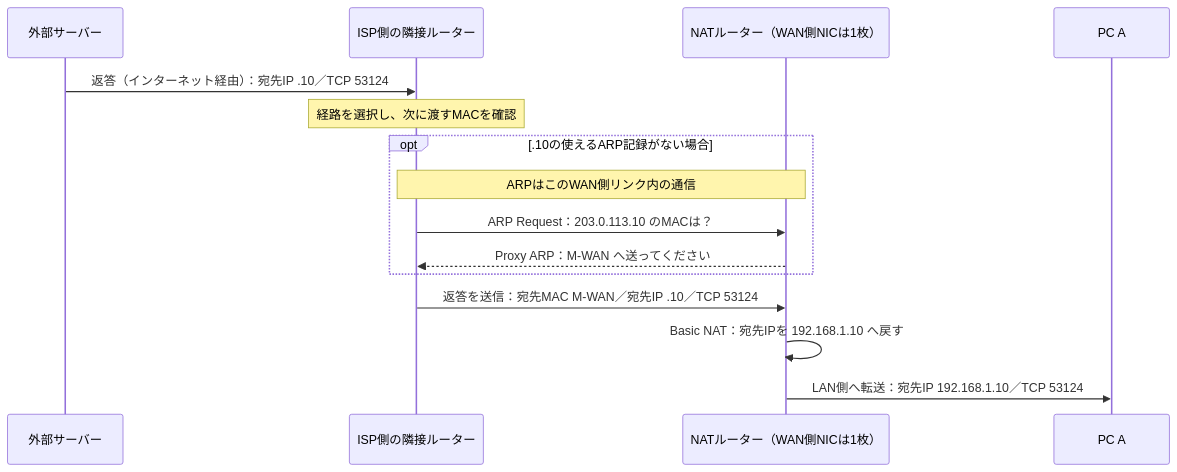
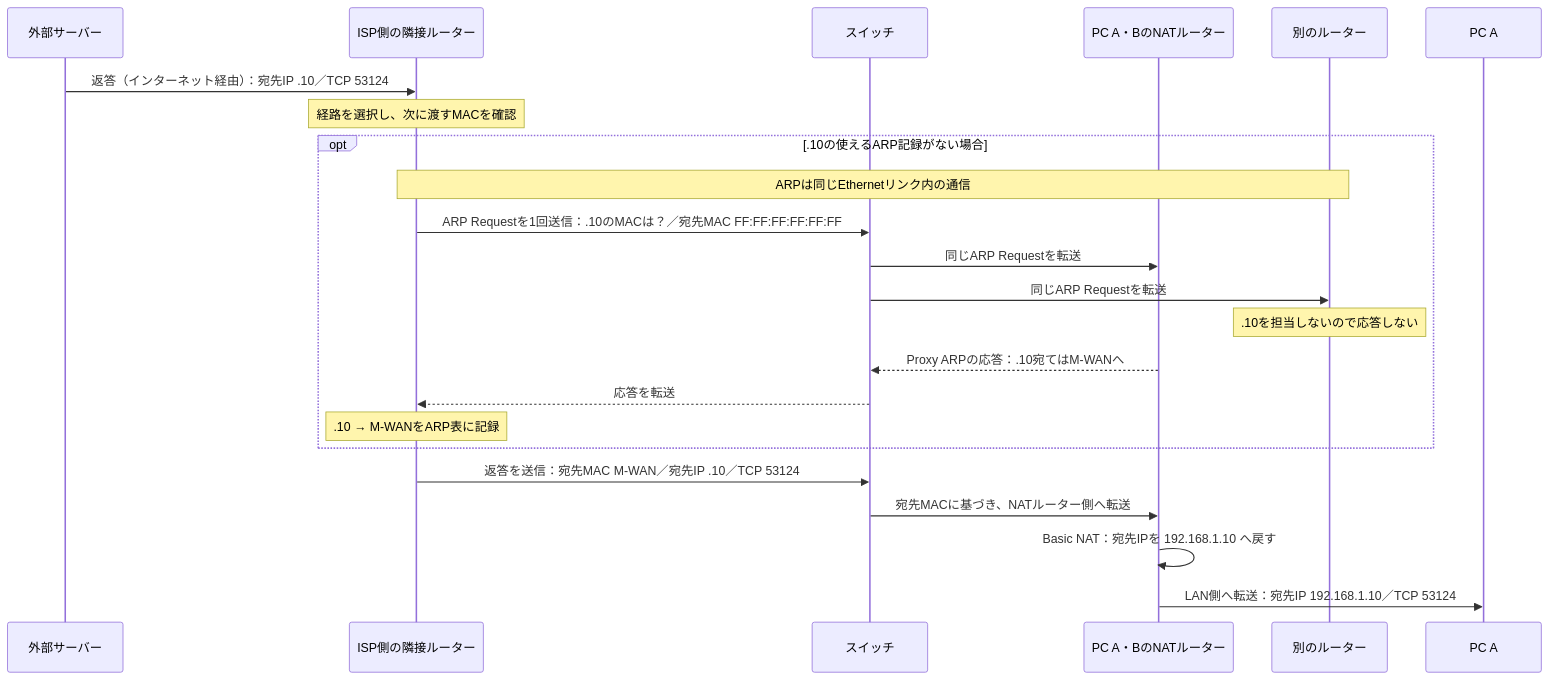
The third of 4 diagrams in engineering/question/basic_security_at_home_20261005_question15_16_nat_napt.md (mgmaru/reading-notes), drawn with Mermaid before and after one commit. The commit also changed other lines of this file and 1 other file, not shown here.

Commit message:
docs: MACが必要な理由とARPの問い合わせ先を図解

````diff
--- a/engineering/question/basic_security_at_home_20261005_question15_16_nat_napt.md
+++ b/engineering/question/basic_security_at_home_20261005_question15_16_nat_napt.md
@@ -446,17 +448,25 @@
 ```mermaid
 sequenceDiagram
     participant S as 外部サーバー
     participant U as ISP側の隣接ルーター
-    participant R as NATルーター（WAN側NICは1枚）
+    participant W as スイッチ
+    participant R as PC A・BのNATルーター
+    participant O as 別のルーター
     participant A as PC A
     S->>U: 返答（インターネット経由）：宛先IP .10／TCP 53124
     Note over U: 経路を選択し、次に渡すMACを確認
     opt .10の使えるARP記録がない場合
-        Note over U,R: ARPはこのWAN側リンク内の通信
-        U->>R: ARP Request：203.0.113.10 のMACは？
-        R-->>U: Proxy ARP：M-WAN へ送ってください
+        Note over U,O: ARPは同じEthernetリンク内の通信
+        U->>W: ARP Requestを1回送信：.10のMACは？／宛先MAC FF:FF:FF:FF:FF:FF
+        W->>R: 同じARP Requestを転送
+        W->>O: 同じARP Requestを転送
+        Note over O: .10を担当しないので応答しない
+        R-->>W: Proxy ARPの応答：.10宛てはM-WANへ
+        W-->>U: 応答を転送
+        Note over U: .10 → M-WANをARP表に記録
     end
-    U->>R: 返答を送信：宛先MAC M-WAN／宛先IP .10／TCP 53124
+    U->>W: 返答を送信：宛先MAC M-WAN／宛先IP .10／TCP 53124
+    W->>R: 宛先MACに基づき、NATルーター側へ転送
     R->>R: Basic NAT：宛先IPを 192.168.1.10 へ戻す
     R->>A: LAN側へ転送：宛先IP 192.168.1.10／TCP 53124
 ```
````
